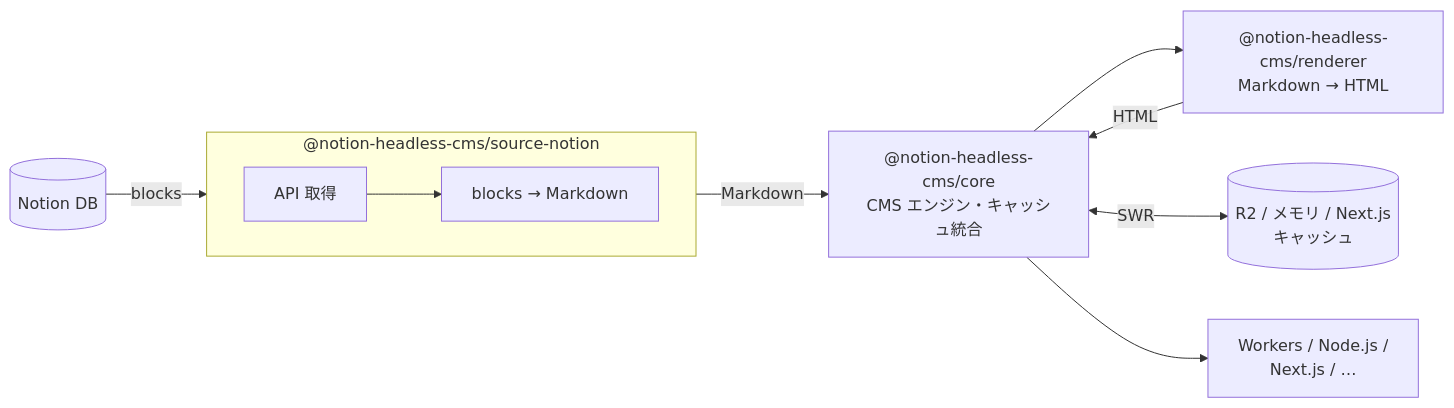
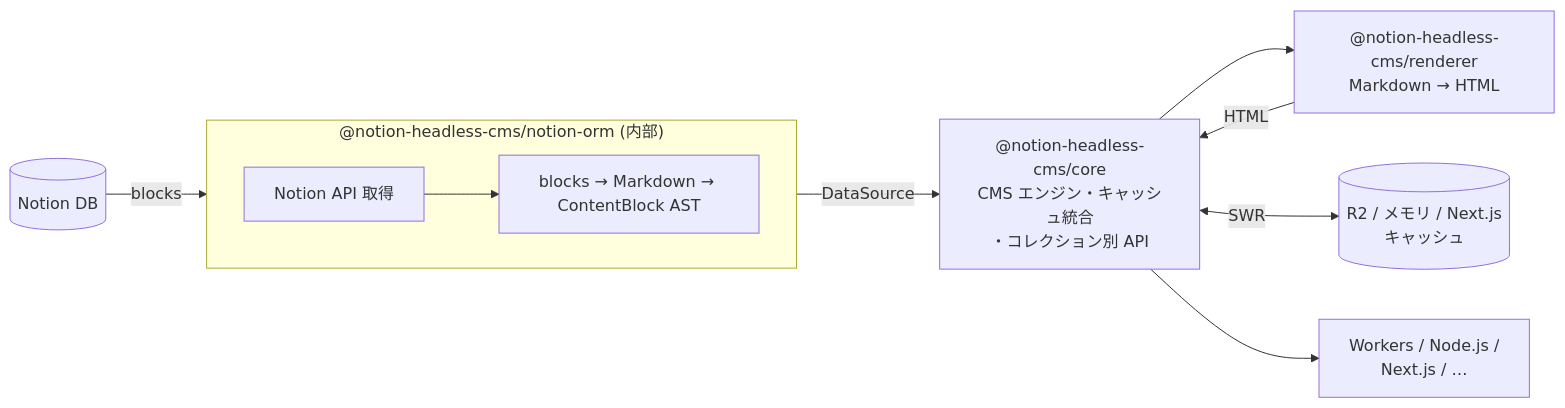
The diagram in README.md (kjfsm/notion-headless-cms), drawn with Mermaid before and after one commit. The commit also changed other lines of this file and 85 other files, not shown here.

First line of the commit message:
refactor!: Prisma ORM 風のコレクション別 API に刷新し core/notion-orm の 2 層に分離

````diff
--- a/README.md
+++ b/README.md
@@ -8,23 +8,23 @@
 ```mermaid
 flowchart LR
   notion[(Notion DB)]
 
-  subgraph source["@notion-headless-cms/source-notion"]
+  subgraph orm["@notion-headless-cms/notion-orm (内部)"]
     direction LR
-    fetch["API 取得"]
-    transform["blocks → Markdown"]
+    fetch["Notion API 取得"]
+    transform["blocks → Markdown → ContentBlock AST"]
     fetch --> transform
   end
 
   renderer["@notion-headless-cms/renderer\nMarkdown → HTML"]
-  core["@notion-headless-cms/core\nCMS エンジン・キャッシュ統合"]
+  core["@notion-headless-cms/core\nCMS エンジン・キャッシュ統合\n・コレクション別 API"]
   cache[(R2 / メモリ / Next.js\nキャッシュ)]
   output["Workers / Node.js /\nNext.js / …"]
 
-  notion -->|"blocks"| source
-  source -->|"Markdown"| core
+  notion -->|"blocks"| orm
+  orm -->|"DataSource<T>"| core
   core --> renderer
   renderer -->|"HTML"| core
   core <-->|"SWR"| cache
   core --> output
 ```
````
